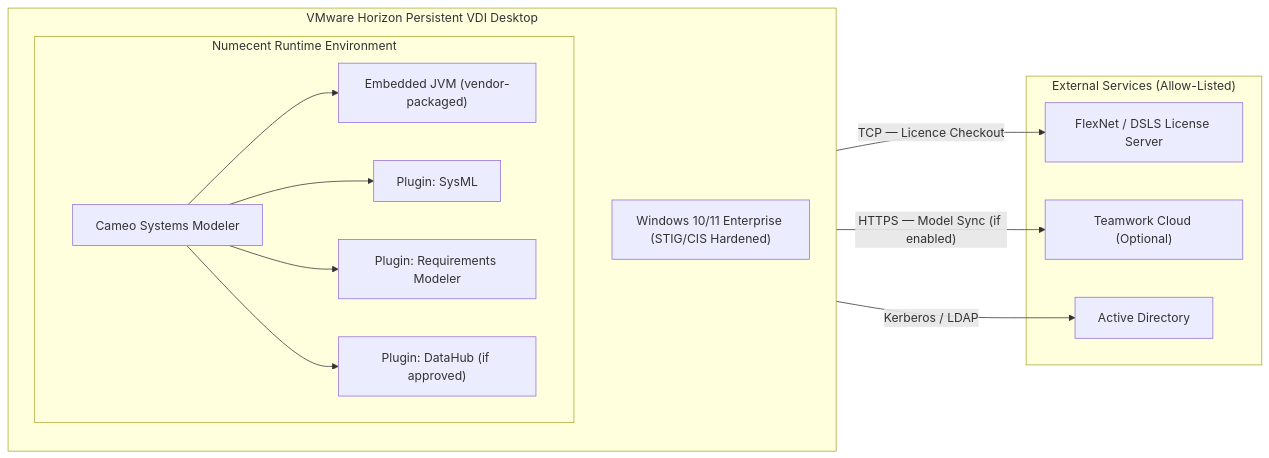
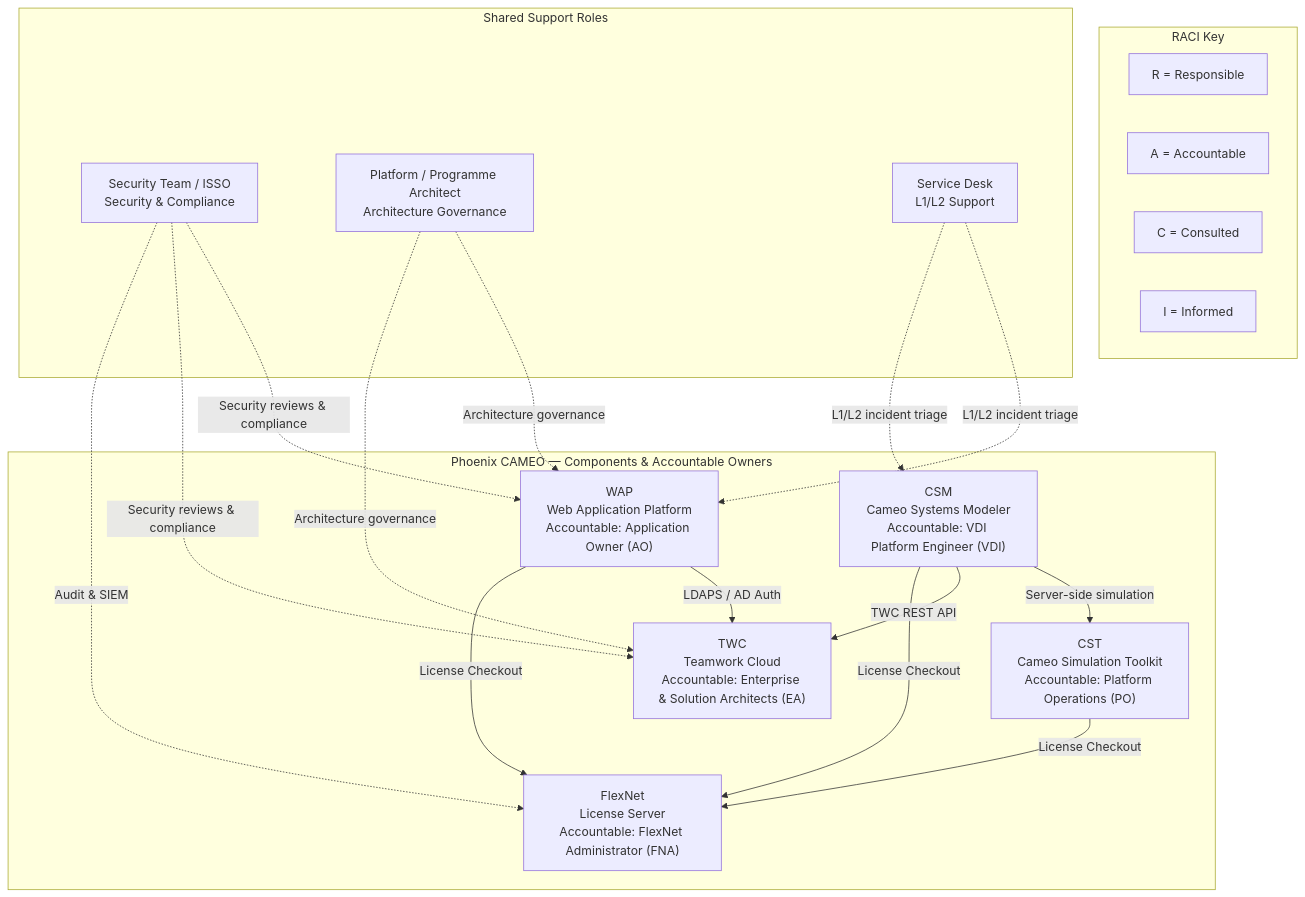
One commit to DXCSithlordPadawan/cameo changed the first of 9 diagrams in test.md. Above: the diagram before and after it, drawn with Mermaid. The commit also changed other lines of this file, not shown here.

````diff
--- a/test.md
+++ b/test.md
@@ -409,25 +50,34 @@
 ```mermaid
-graph LR
-    subgraph VDI["VMware Horizon Persistent VDI Desktop"]
-        subgraph Numecent["Numecent Runtime Environment"]
-            CSM["Cameo Systems Modeler"]
-            JVM["Embedded JVM (vendor-packaged)"]
-            P1["Plugin: SysML"]
-            P2["Plugin: Requirements Modeler"]
-            P3["Plugin: DataHub (if approved)"]
-            CSM --> JVM
-            CSM --> P1
-            CSM --> P2
-            CSM --> P3
-        end
-        OS["Windows 10/11 Enterprise (STIG/CIS Hardened)"]
+graph TD
+    subgraph LEGEND["RACI Key"]
+        L1["R = Responsible"]
+        L2["A = Accountable"]
+        L3["C = Consulted"]
+        L4["I = Informed"]
     end
-    subgraph External["External Services (Allow-Listed)"]
-        LS["FlexNet / DSLS License Server"]
-        TWC["Teamwork Cloud (Optional)"]
-        AD["Active Directory"]
+    subgraph COMPONENTS["Phoenix CAMEO — Components & Accountable Owners"]
+        WAP["WAP\nWeb Application Platform\nAccountable: Application Owner (AO)"]
+        TWC["TWC\nTeamwork Cloud\nAccountable: Enterprise & Solution Architects (EA)"]
+        FLX["FlexNet\nLicense Server\nAccountable: FlexNet Administrator (FNA)"]
+        CST["CST\nCameo Simulation Toolkit\nAccountable: Platform Operations (PO)"]
+        CSM["CSM\nCameo Systems Modeler\nAccountable: VDI Platform Engineer (VDI)"]
     end
-    VDI -->|"TCP — Licence Checkout"| LS
-    VDI -->|"HTTPS — Model Sync (if enabled)"| TWC
-    VDI -->|"Kerberos / LDAP"| AD
+    subgraph SHARED["Shared Support Roles"]
+        SEC["Security Team / ISSO\nSecurity & Compliance"]
+        PA["Platform / Programme Architect\nArchitecture Governance"]
+        SD["Service Desk\nL1/L2 Support"]
+    end
+    WAP -- "LDAPS / AD Auth" --> TWC
+    WAP -- "License Checkout" --> FLX
+    CSM -- "Server-side simulation" --> CST
+    CSM -- "TWC REST API" --> TWC
+    CSM -- "License Checkout" --> FLX
+    CST -- "License Checkout" --> FLX
+    SEC -. "Security reviews & compliance" .-> WAP
+    SEC -. "Security reviews & compliance" .-> TWC
+    SEC -. "Audit & SIEM" .-> FLX
+    PA -. "Architecture governance" .-> WAP
+    PA -. "Architecture governance" .-> TWC
+    SD -. "L1/L2 incident triage" .-> WAP
+    SD -. "L1/L2 incident triage" .-> CSM
 ```
````
